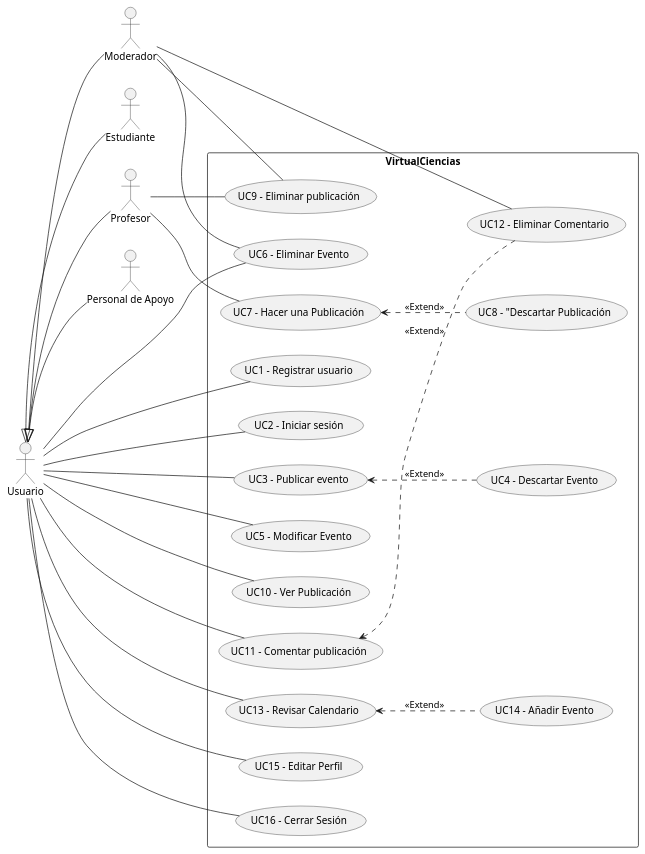
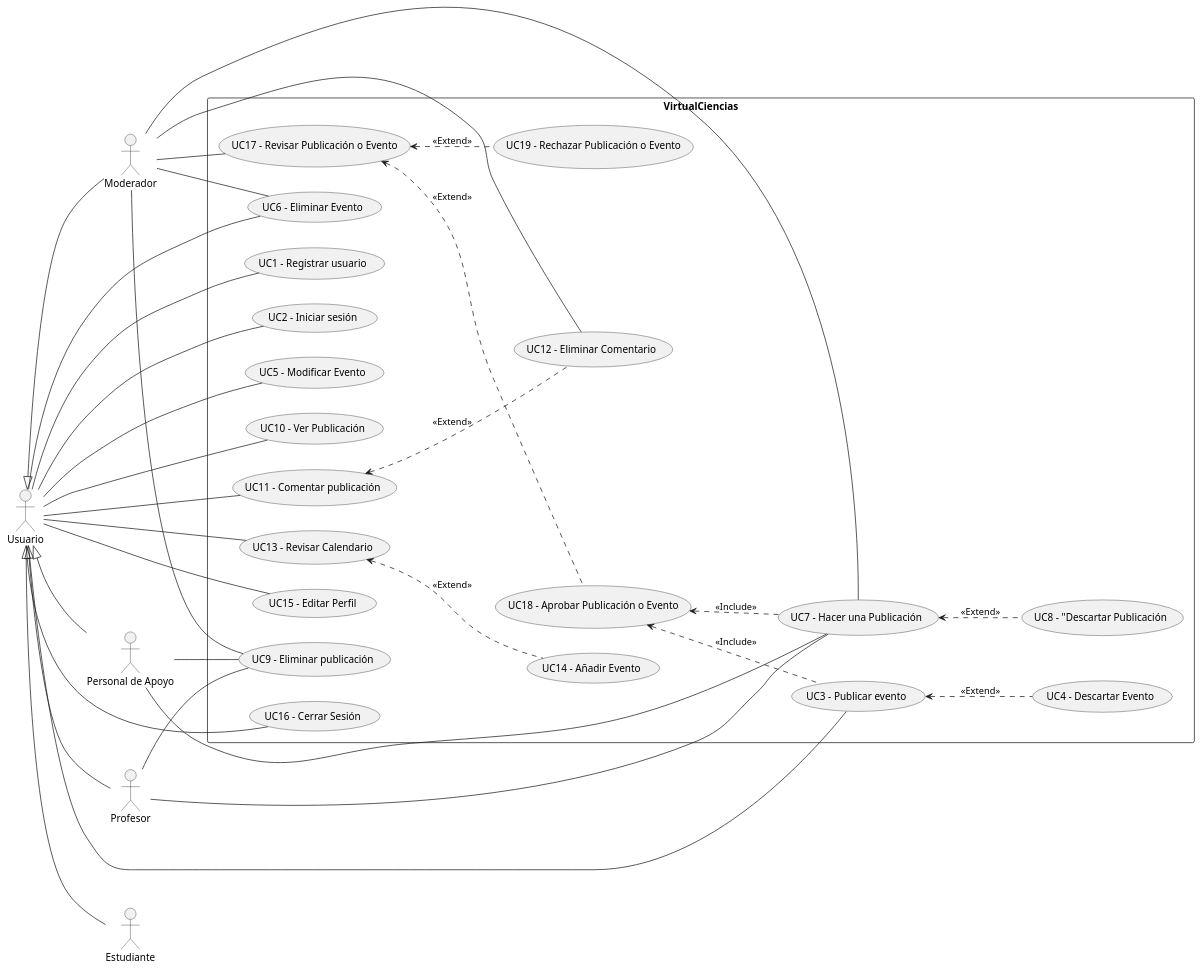
One commit to Andreinalcm/Proyecto_de_inge_grupo4 changed the diagram in docs/scenariosView/DisciplinaDeRequisitos/diagramaDeCasosDeUso.plantuml. Above: the diagram before and after it, drawn with PlantUML. The commit also changed 7 other files, not shown here.

```diff
--- a/docs/scenariosView/DisciplinaDeRequisitos/diagramaDeCasosDeUso.plantuml
+++ b/docs/scenariosView/DisciplinaDeRequisitos/diagramaDeCasosDeUso.plantuml
@@ -1,58 +1,70 @@
 @startuml Casos de uso
 
 actor Usuario as Actor1
 actor Moderador as Actor2
 actor Estudiante as Actor3
 actor Profesor as Actor4
 actor "Personal de Apoyo" as Actor5
 
 left to right direction
 
 rectangle VirtualCiencias{
 usecase "UC1 - Registrar usuario" as UC1
 usecase "UC2 - Iniciar sesión" as UC2
 usecase "UC3 - Publicar evento" as UC3
 usecase "UC4 - Descartar Evento" as UC4
 usecase "UC5 - Modificar Evento" as UC5
 usecase "UC6 - Eliminar Evento" as UC6
 usecase "UC7 - Hacer una Publicación" as UC7
 usecase "UC8 - "Descartar Publicación" as UC8
 usecase "UC9 - Eliminar publicación" as UC9
 usecase "UC10 - Ver Publicación" as UC10
 usecase "UC11 - Comentar publicación" as UC11
 usecase "UC12 - Eliminar Comentario" as UC12
 usecase "UC13 - Revisar Calendario" as UC13
 usecase "UC14 - Añadir Evento" as UC14
 usecase "UC15 - Editar Perfil" as UC15
 usecase "UC16 - Cerrar Sesión" as UC16
+usecase "UC17 - Revisar Publicación o Evento" as UC17
+usecase "UC18 - Aprobar Publicación o Evento" as UC18
+usecase "UC19 - Rechazar Publicación o Evento" as UC19
 
 UC3 <.. UC4 : <<Extend>>
 UC7 <.. UC8 : <<Extend>>
 UC11 <.. UC12 : <<Extend>>
 UC13 <.. UC14 : <<Extend>>
+UC17 <.. UC18 : <<Extend>>
+UC17 <.. UC19 : <<Extend>>
+UC18 <.. UC3 : <<Include>>
+UC18 <.. UC7 : <<Include>>
 
 Actor1 -- UC1
 Actor1 -- UC2
 Actor1 -- UC3
 Actor1 -- UC5
 Actor1 -- UC6
 Actor1 -- UC10
 Actor1 -- UC11
 Actor1 -- UC13
 Actor1 -- UC15
 Actor1 -- UC16
 
 Actor2 -- UC6
+Actor2 -- UC7
 Actor2 -- UC9
 Actor2 -- UC12
+Actor2 -- UC17
 
 Actor4 -- UC7
 Actor4 -- UC9
+
+Actor5 -- UC7
+Actor5 -- UC9
 
 Actor1 <|-- Actor2
 Actor1 <|-- Actor3
 Actor1 <|-- Actor4
 Actor1 <|-- Actor5
 }
 
 @enduml
```
